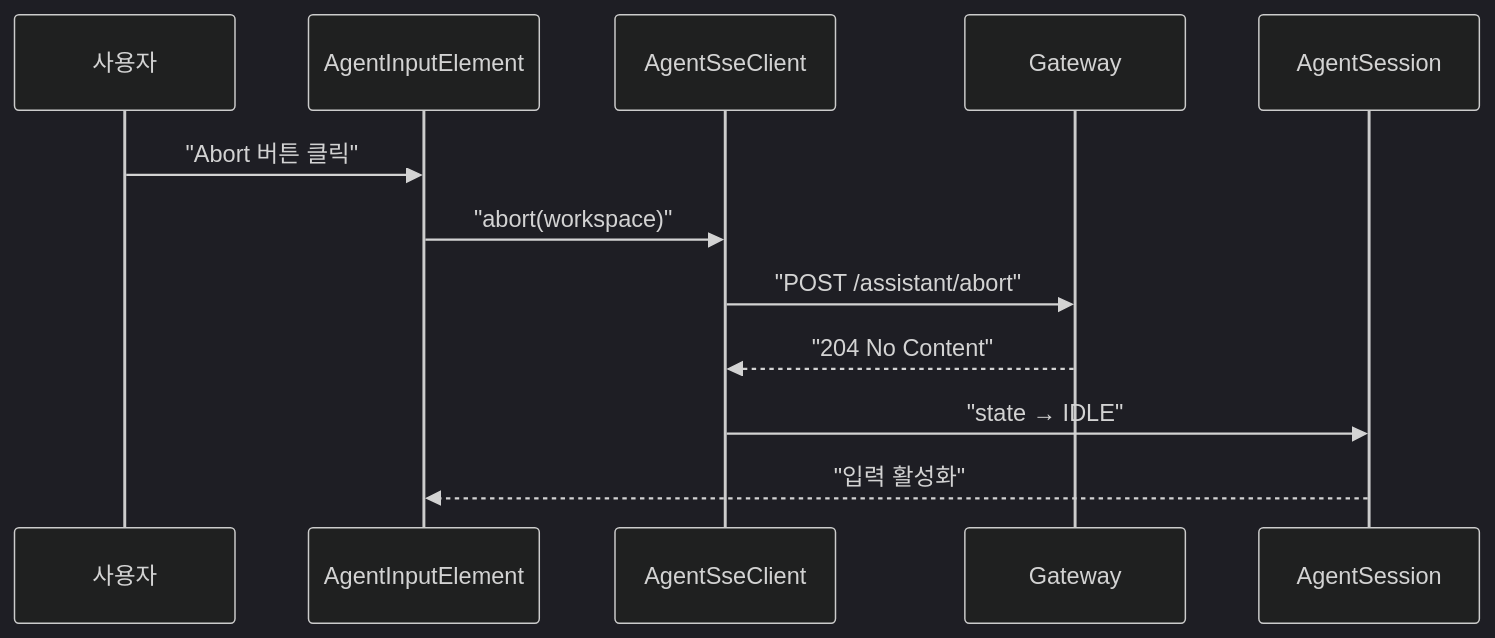
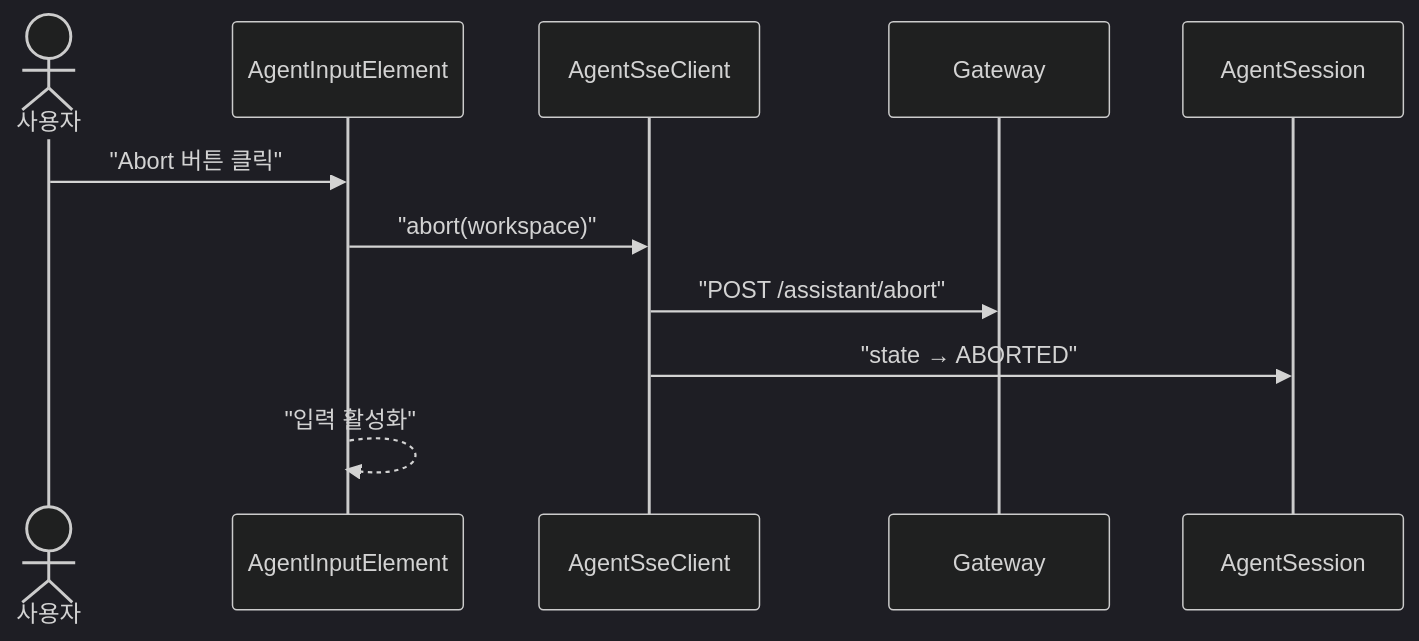
One commit to sayaya1090/handbook changed the third of 6 diagrams in agent-ui/USECASE.md. Above: the diagram before and after it, drawn with Mermaid (dark theme). The commit also changed other lines of this file and 2 other files, not shown here.

````diff
--- a/agent-ui/USECASE.md
+++ b/agent-ui/USECASE.md
@@ -158,15 +73,14 @@
 ```mermaid
 sequenceDiagram
-    participant User as 사용자
+    actor User as 사용자
     participant Input as AgentInputElement
     participant Client as AgentSseClient
     participant GW as Gateway
     participant Session as AgentSession
 
     User->>Input: "Abort 버튼 클릭"
     Input->>Client: "abort(workspace)"
     Client->>GW: "POST /assistant/abort"
-    GW-->>Client: "204 No Content"
-    Client->>Session: "state → IDLE"
-    Session-->>Input: "입력 활성화"
+    Client->>Session: "state → ABORTED"
+    Input-->>Input: "입력 활성화"
 ```
````
